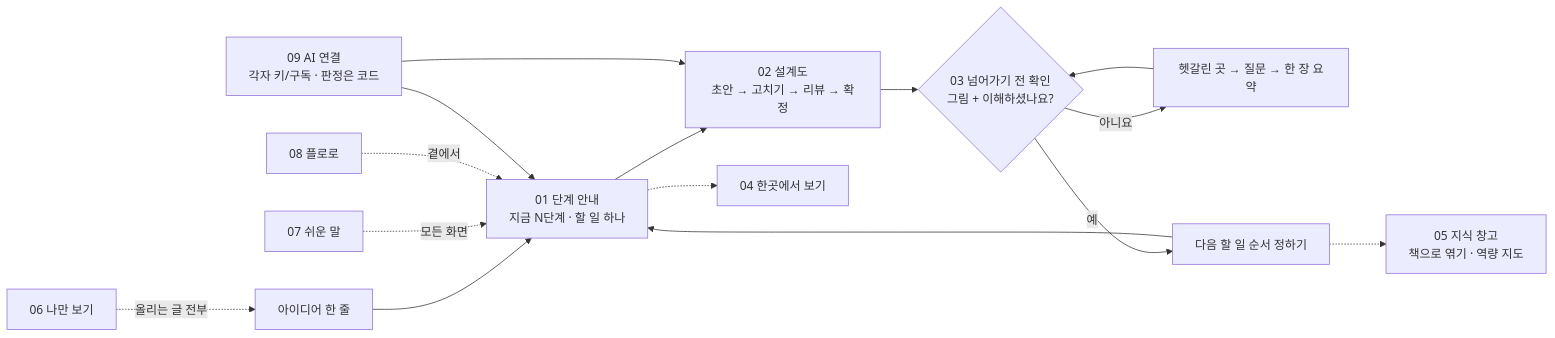
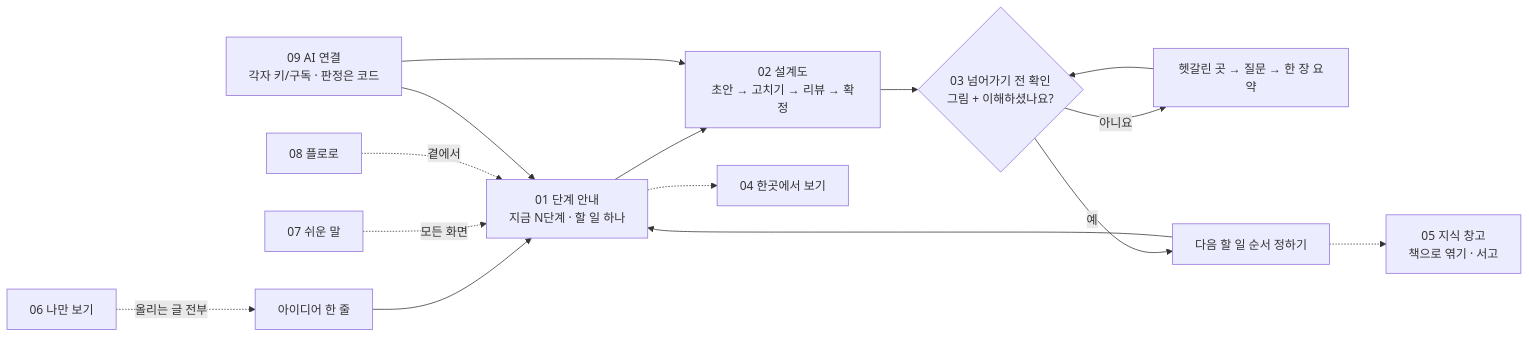
The diagram in 01-docs/features/README.md (2026-Codyssey-Final-Proj/Final-Proj), drawn with Mermaid before and after one commit. The commit also changed other lines of this file and 55 other files, not shown here.

````diff
--- a/01-docs/features/README.md
+++ b/01-docs/features/README.md
@@ -30,17 +29,17 @@
 ```mermaid
 flowchart LR
     A["아이디어 한 줄"] --> B["01 단계 안내<br/>지금 N단계 · 할 일 하나"]
     B --> C["02 설계도<br/>초안 → 고치기 → 리뷰 → 확정"]
     C --> D{"03 넘어가기 전 확인<br/>그림 + 이해하셨나요?"}
     D -->|"아니요"| E["헷갈린 곳 → 질문 → 한 장 요약"]
     E --> D
     D -->|"예"| F["다음 할 일 순서 정하기"]
     F --> B
     B -.-> G["04 한곳에서 보기"]
-    F -.-> H["05 지식 창고<br/>책으로 엮기 · 역량 지도"]
+    F -.-> H["05 지식 창고<br/>책으로 엮기 · 서고"]
     I["07 쉬운 말"] -.->|"모든 화면"| B
     J["08 플로로"] -.->|"곁에서"| B
     K["09 AI 연결<br/>각자 키/구독 · 판정은 코드"] --> B
     K --> C
     L["06 나만 보기"] -.->|"올리는 글 전부"| A
 ```
````
